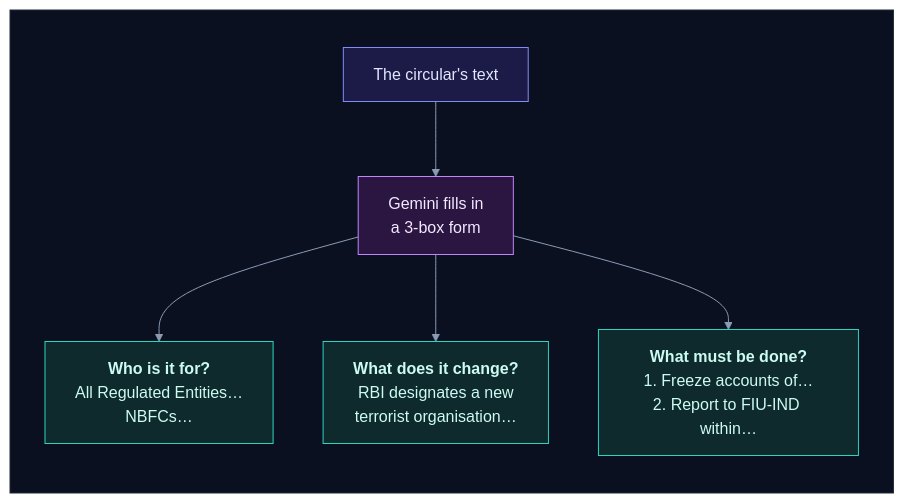
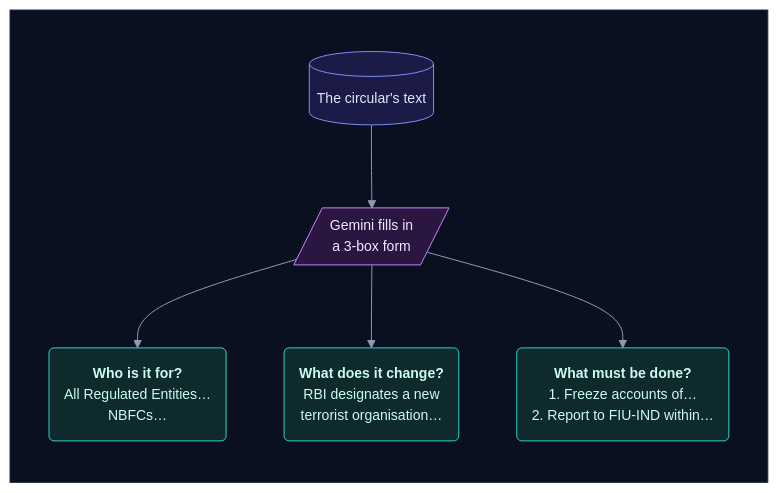
The ninth of 57 diagrams in how_it_works.md (selvakumarperumal/Regulatory_Circular_Impact_Agent), drawn with Mermaid before and after one commit. The commit also changed other lines of this file and 5 other files, not shown here.

Commit message:
Give the docs' flowcharts a shape per kind of part, more room and slightly smaller text

````diff
--- a/how_it_works.md
+++ b/how_it_works.md
@@ -537,25 +537,25 @@
 ```mermaid
-%%{init: {"theme": "base", "flowchart": {"diagramPadding": 0}, "themeVariables": {"darkMode": true, "primaryColor": "#16213a", "primaryTextColor": "#e6edf7", "primaryBorderColor": "#475a7a", "lineColor": "#8b9bb4", "secondaryColor": "#1b2436", "tertiaryColor": "#101a2e", "edgeLabelBackground": "#0f172a", "textColor": "#e2e8f0", "clusterBkg": "#0f1728", "clusterBorder": "#2b3a55", "titleColor": "#c4b5fd", "nodeTextColor": "#e6edf7"}}}%%
+%%{init: {"theme": "base", "flowchart": {"diagramPadding": 0, "nodeSpacing": 58, "rankSpacing": 58, "curve": "basis"}, "themeVariables": {"fontSize": "14px", "darkMode": true, "primaryColor": "#16213a", "primaryTextColor": "#e6edf7", "primaryBorderColor": "#475a7a", "lineColor": "#8b9bb4", "secondaryColor": "#1b2436", "tertiaryColor": "#101a2e", "edgeLabelBackground": "#0f172a", "textColor": "#e2e8f0", "clusterBkg": "#0f1728", "clusterBorder": "#2b3a55", "titleColor": "#c4b5fd", "nodeTextColor": "#e6edf7"}}}%%
 flowchart TD
     subgraph canvas[" "]
         direction TB
-        t["The circular's text"] --> g["Gemini fills in<br/>a 3-box form"]
-        g --> a1["<b>Who is it for?</b><br/>All Regulated Entities…<br/>NBFCs…"]
-        g --> a2["<b>What does it change?</b><br/>RBI designates a new<br/>terrorist organisation…"]
-        g --> a3["<b>What must be done?</b><br/>1. Freeze accounts of…<br/>2. Report to FIU-IND within…"]
+        t[("The circular's text")] --> g[/"Gemini fills in<br/>a 3-box form"/]
+        g --> a1("<b>Who is it for?</b><br/>All Regulated Entities…<br/>NBFCs…")
+        g --> a2("<b>What does it change?</b><br/>RBI designates a new<br/>terrorist organisation…")
+        g --> a3("<b>What must be done?</b><br/>1. Freeze accounts of…<br/>2. Report to FIU-IND within…")
     end
     classDef svc fill:#0e2a2c,stroke:#2dd4bf,color:#ccfbf1
     classDef data fill:#1c1a47,stroke:#818cf8,color:#e0e7ff
     classDef ext fill:#2a1640,stroke:#c084fc,color:#f3e8ff
     classDef gpu fill:#2d1b0c,stroke:#fb923c,color:#ffedd5
     classDef ask fill:#2a2410,stroke:#fbbf24,color:#fef3c7
     classDef ok fill:#0b2a1c,stroke:#34d399,color:#d1fae5
     classDef bad fill:#2e0f17,stroke:#fb7185,color:#ffe4e6
     classDef start fill:#1c2a0e,stroke:#a7ef6f,color:#ecfccb
     classDef muted fill:#1a2130,stroke:#64748b,color:#cbd5e1
     classDef queue fill:#0c2231,stroke:#38bdf8,color:#e0f2fe
     class t data
     class g ext
     class a1,a2,a3 svc
     style canvas fill:#0b1020,stroke:#1e293b,color:#0b1020
 ```
````
